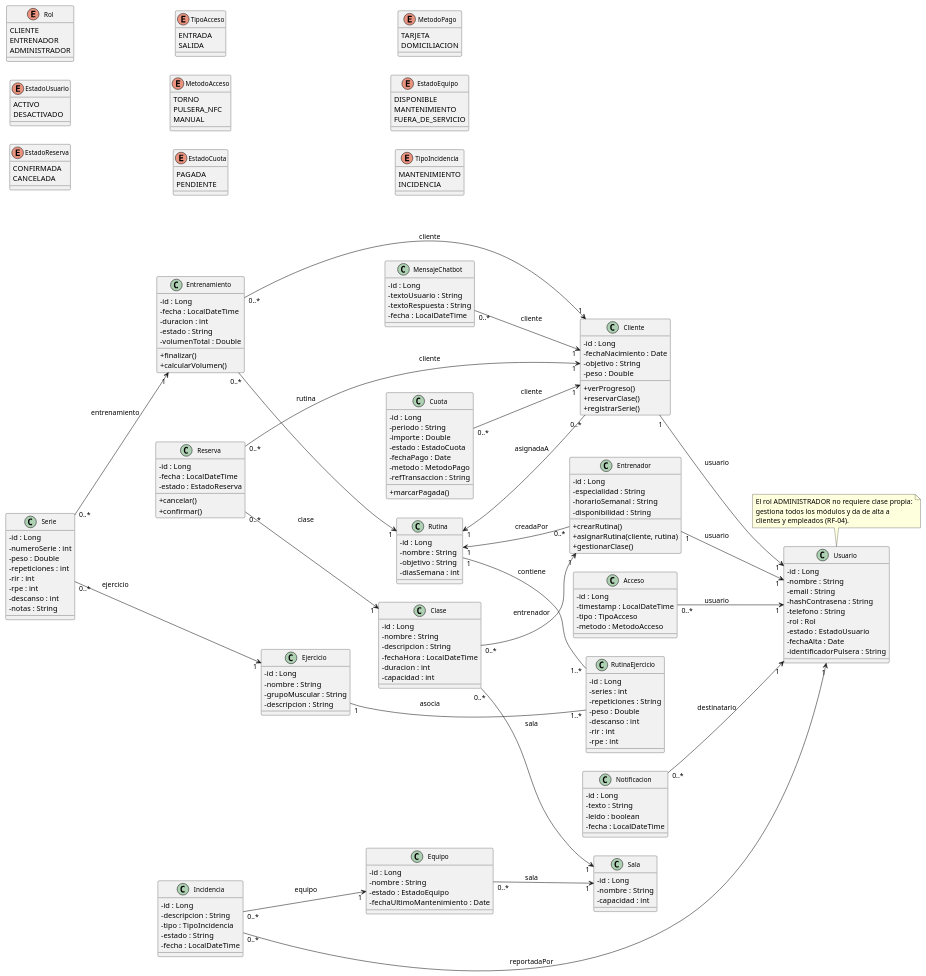
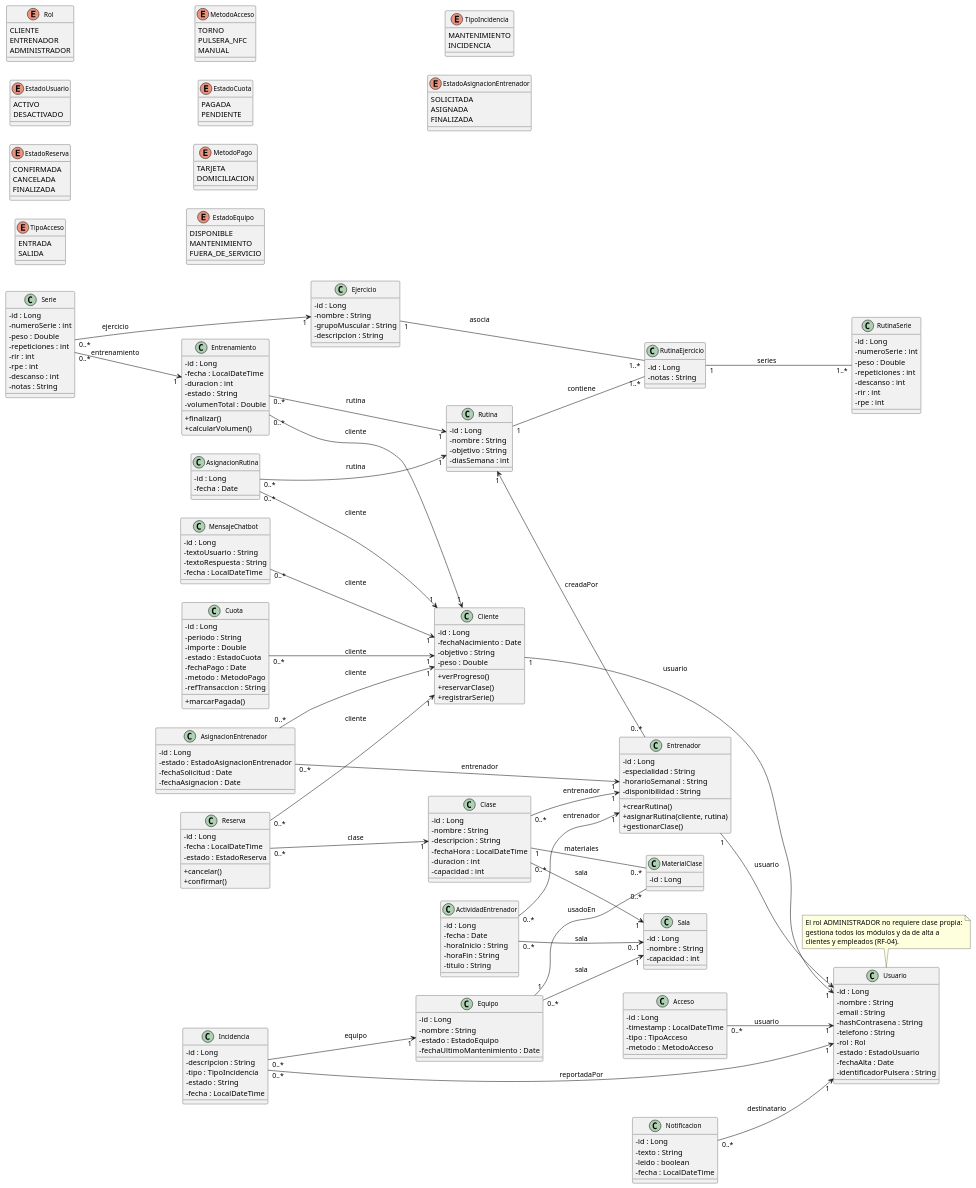
One commit to iis8-ua/stadio changed the diagram in docs/diagramas/clases-bd/clases.puml. Above: the diagram before and after it, drawn with PlantUML. The commit also changed 25 other files, not shown here.

```diff
--- a/docs/diagramas/clases-bd/clases.puml
+++ b/docs/diagramas/clases-bd/clases.puml
@@ -18,6 +18,7 @@
 enum EstadoReserva {
   CONFIRMADA
   CANCELADA
+  FINALIZADA
 }
 enum TipoAcceso {
   ENTRADA
@@ -44,6 +45,11 @@
 enum TipoIncidencia {
   MANTENIMIENTO
   INCIDENCIA
+}
+enum EstadoAsignacionEntrenador {
+  SOLICITADA
+  ASIGNADA
+  FINALIZADA
 }
 
 ' ---------- Usuarios ----------
@@ -102,9 +108,14 @@
 
 class RutinaEjercicio {
   - id : Long
-  - series : int
-  - repeticiones : String
+  - notas : String
+}
+
+class RutinaSerie {
+  - id : Long
+  - numeroSerie : int
   - peso : Double
+  - repeticiones : int
   - descanso : int
   - rir : int
   - rpe : int
@@ -207,14 +218,44 @@
   - fecha : LocalDateTime
 }
 
+' ---------- Asignaciones y agenda ----------
+class AsignacionRutina {
+  - id : Long
+  - fecha : Date
+}
+
+class AsignacionEntrenador {
+  - id : Long
+  - estado : EstadoAsignacionEntrenador
+  - fechaSolicitud : Date
+  - fechaAsignacion : Date
+}
+
+class MaterialClase {
+  - id : Long
+}
+
+class ActividadEntrenador {
+  - id : Long
+  - fecha : Date
+  - horaInicio : String
+  - horaFin : String
+  - titulo : String
+}
+
 ' ---------- Relaciones ----------
 Cliente "1" --> "1" Usuario : usuario
 Entrenador "1" --> "1" Usuario : usuario
 
 Rutina "1" <-- "0..*" Entrenador : creadaPor
-Rutina "1" <-- "0..*" Cliente : asignadaA
 Rutina "1" -- "1..*" RutinaEjercicio : contiene
 Ejercicio "1" -- "1..*" RutinaEjercicio : asocia
+RutinaEjercicio "1" -- "1..*" RutinaSerie : series
+
+AsignacionRutina "0..*" --> "1" Cliente : cliente
+AsignacionRutina "0..*" --> "1" Rutina : rutina
+AsignacionEntrenador "0..*" --> "1" Cliente : cliente
+AsignacionEntrenador "0..*" --> "1" Entrenador : entrenador
 
 Entrenamiento "0..*" --> "1" Cliente : cliente
 Entrenamiento "0..*" --> "1" Rutina : rutina
@@ -223,8 +264,13 @@
 
 Clase "0..*" --> "1" Sala : sala
 Clase "0..*" --> "1" Entrenador : entrenador
+Clase "1" -- "0..*" MaterialClase : materiales
+Equipo "1" -- "0..*" MaterialClase : usadoEn
 Reserva "0..*" --> "1" Cliente : cliente
 Reserva "0..*" --> "1" Clase : clase
+
+ActividadEntrenador "0..*" --> "1" Entrenador : entrenador
+ActividadEntrenador "0..*" --> "0..1" Sala : sala
 
 Acceso "0..*" --> "1" Usuario : usuario
 
```
